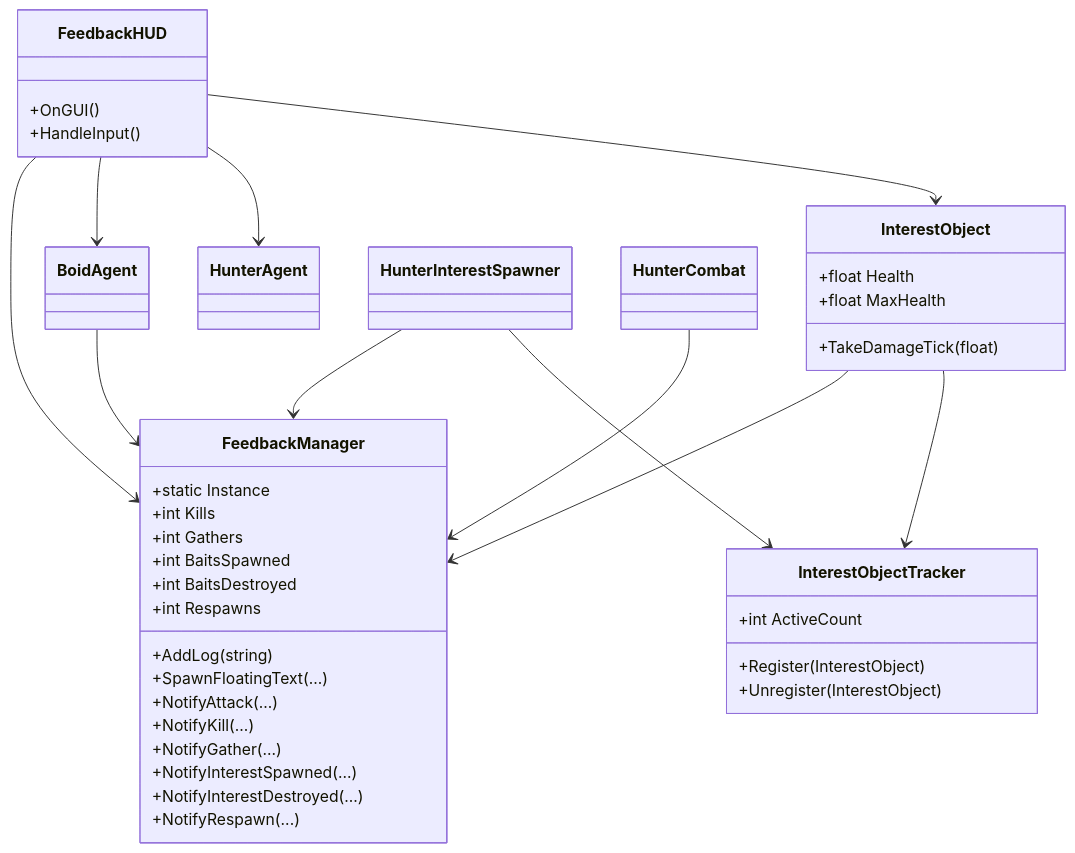
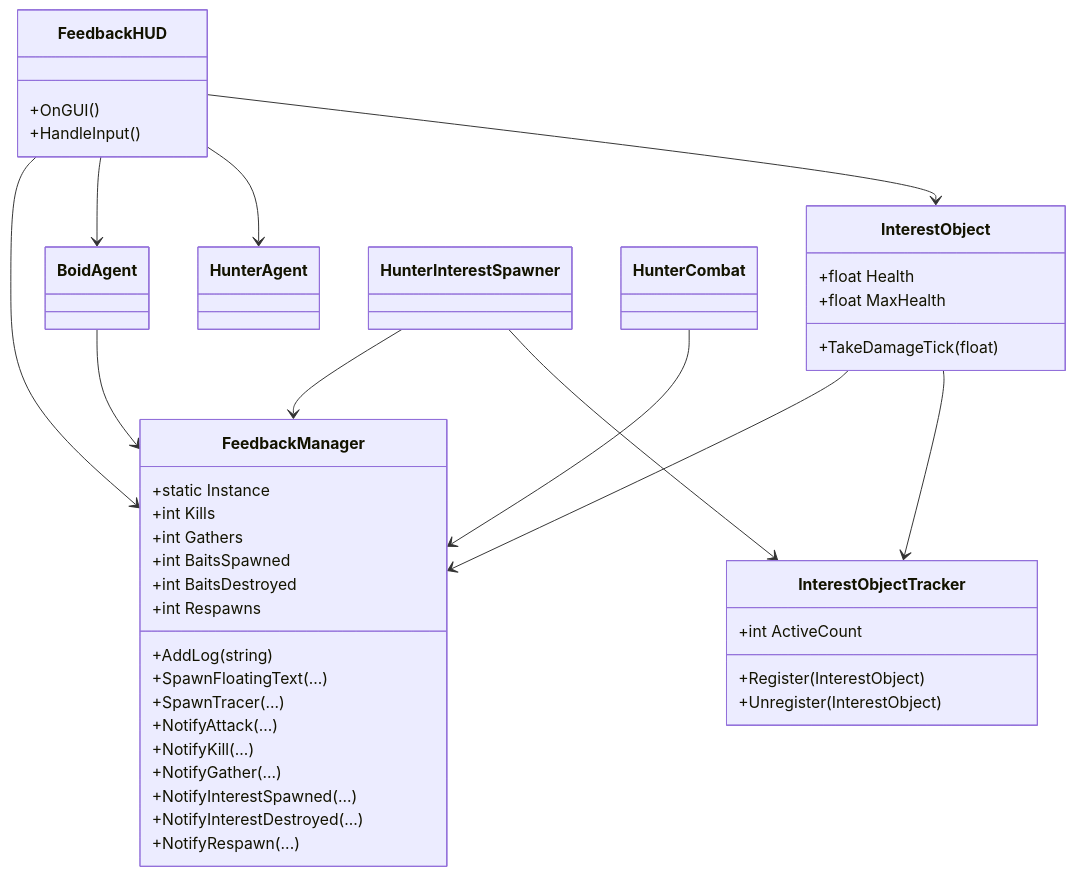
Before and after one commit to Loren1211/Parcial-1-IA: the third of 6 diagrams in ARQUITECTURA.md, drawn with Mermaid. The commit also changed 6 other files, not shown here.

````diff
--- a/ARQUITECTURA.md
+++ b/ARQUITECTURA.md
@@ -170,47 +170,48 @@
 ```mermaid
 classDiagram
     class FeedbackManager {
         +static Instance
         +int Kills
         +int Gathers
         +int BaitsSpawned
         +int BaitsDestroyed
         +int Respawns
         +AddLog(string)
         +SpawnFloatingText(...)
+        +SpawnTracer(...)
         +NotifyAttack(...)
         +NotifyKill(...)
         +NotifyGather(...)
         +NotifyInterestSpawned(...)
         +NotifyInterestDestroyed(...)
         +NotifyRespawn(...)
     }
 
     class FeedbackHUD {
         +OnGUI()
         +HandleInput()
     }
 
     class InterestObjectTracker {
         +int ActiveCount
         +Register(InterestObject)
         +Unregister(InterestObject)
     }
 
     class InterestObject {
         +float Health
         +float MaxHealth
         +TakeDamageTick(float)
     }
 
     FeedbackHUD --> FeedbackManager
     FeedbackHUD --> BoidAgent
     FeedbackHUD --> HunterAgent
     FeedbackHUD --> InterestObject
     HunterInterestSpawner --> FeedbackManager
     HunterCombat --> FeedbackManager
     BoidAgent --> FeedbackManager
     InterestObject --> FeedbackManager
     InterestObject --> InterestObjectTracker
     HunterInterestSpawner --> InterestObjectTracker
 ```
````
